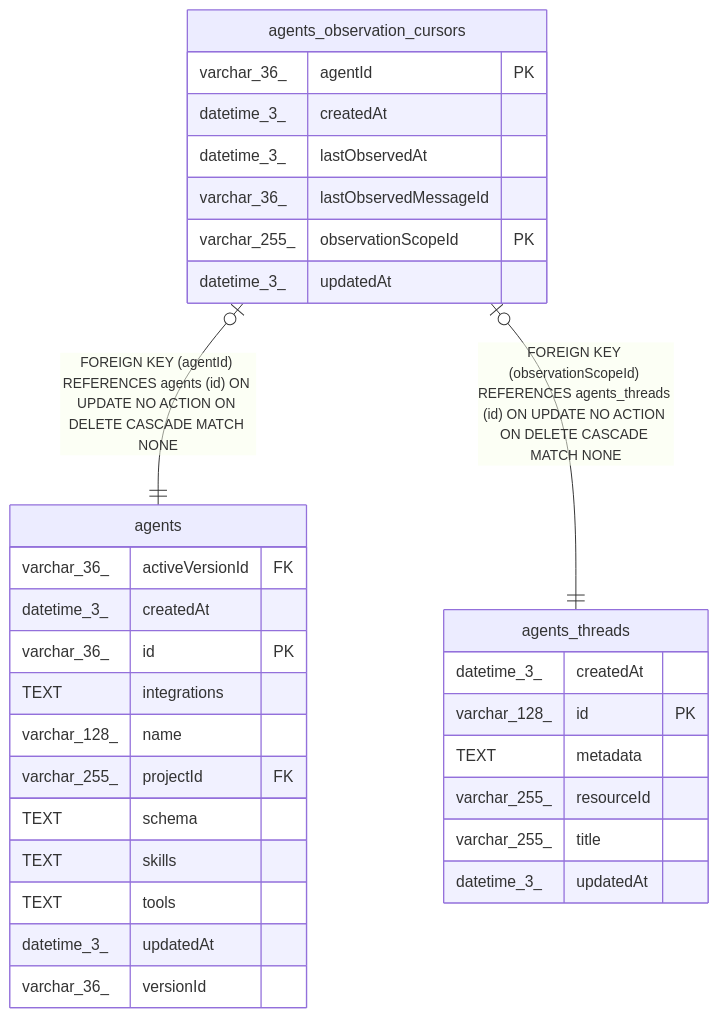
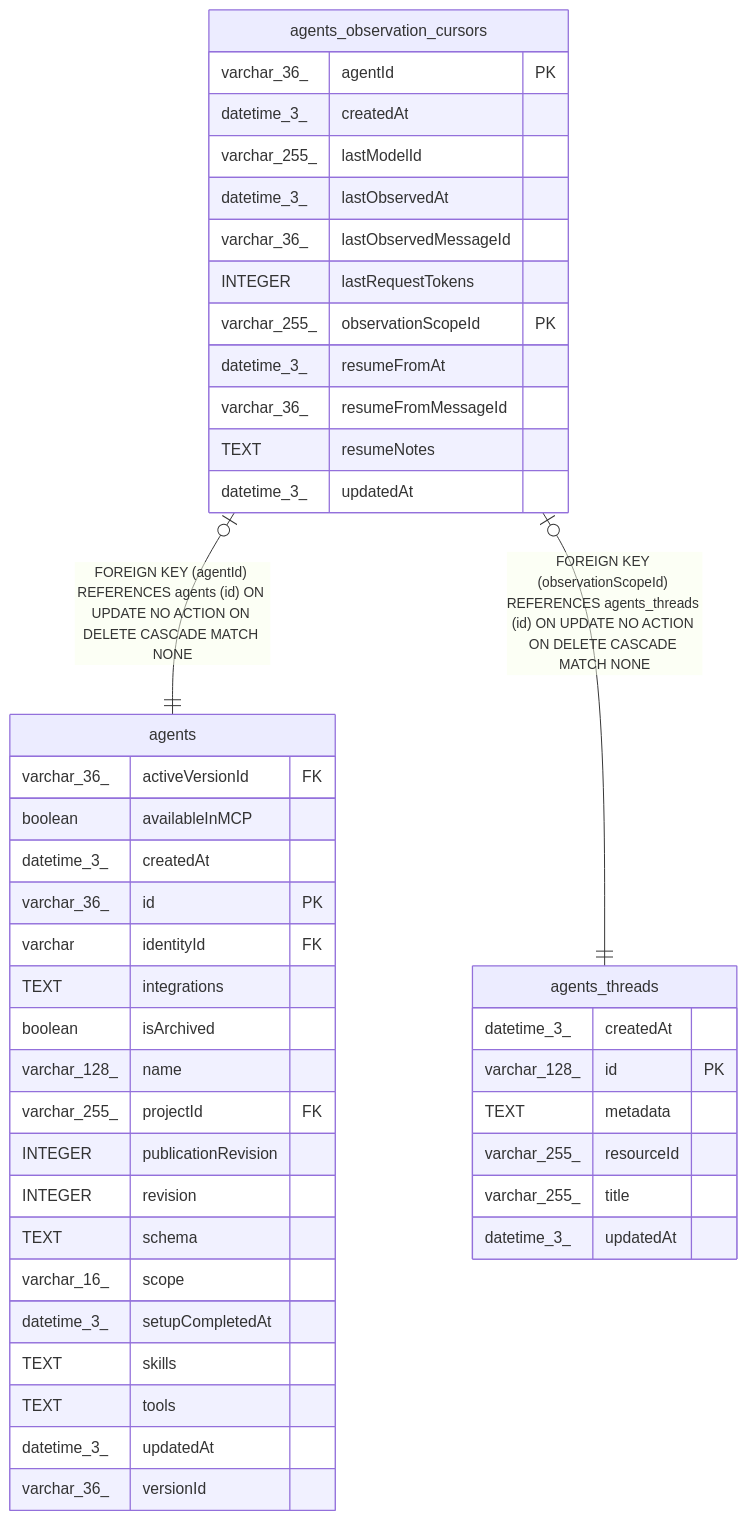
One commit to koreatest12/studys changed the diagram in n8n_integration/n8n_source/docs/generated/sqlite-schema/agents_observation_cursors.md. Above: the diagram before and after it, drawn with Mermaid. The commit also changed other lines of this file and 23019 other files, not shown here.

````diff
--- a/n8n_integration/n8n_source/docs/generated/sqlite-schema/agents_observation_cursors.md
+++ b/n8n_integration/n8n_source/docs/generated/sqlite-schema/agents_observation_cursors.md
@@ -44,36 +49,48 @@
 ```mermaid
 erDiagram
 
 "agents_observation_cursors" |o--|| "agents" : "FOREIGN KEY (agentId) REFERENCES agents (id) ON UPDATE NO ACTION ON DELETE CASCADE MATCH NONE"
 "agents_observation_cursors" |o--|| "agents_threads" : "FOREIGN KEY (observationScopeId) REFERENCES agents_threads (id) ON UPDATE NO ACTION ON DELETE CASCADE MATCH NONE"
 
 "agents_observation_cursors" {
   varchar_36_ agentId PK
   datetime_3_ createdAt
+  varchar_255_ lastModelId
   datetime_3_ lastObservedAt
   varchar_36_ lastObservedMessageId
+  INTEGER lastRequestTokens
   varchar_255_ observationScopeId PK
+  datetime_3_ resumeFromAt
+  varchar_36_ resumeFromMessageId
+  TEXT resumeNotes
   datetime_3_ updatedAt
 }
 "agents" {
   varchar_36_ activeVersionId FK
+  boolean availableInMCP
   datetime_3_ createdAt
   varchar_36_ id PK
+  varchar identityId FK
   TEXT integrations
+  boolean isArchived
   varchar_128_ name
   varchar_255_ projectId FK
+  INTEGER publicationRevision
+  INTEGER revision
   TEXT schema
+  varchar_16_ scope
+  datetime_3_ setupCompletedAt
   TEXT skills
   TEXT tools
   datetime_3_ updatedAt
   varchar_36_ versionId
 }
 "agents_threads" {
   datetime_3_ createdAt
   varchar_128_ id PK
   TEXT metadata
   varchar_255_ resourceId
   varchar_255_ title
   datetime_3_ updatedAt
 }
 ```
````
